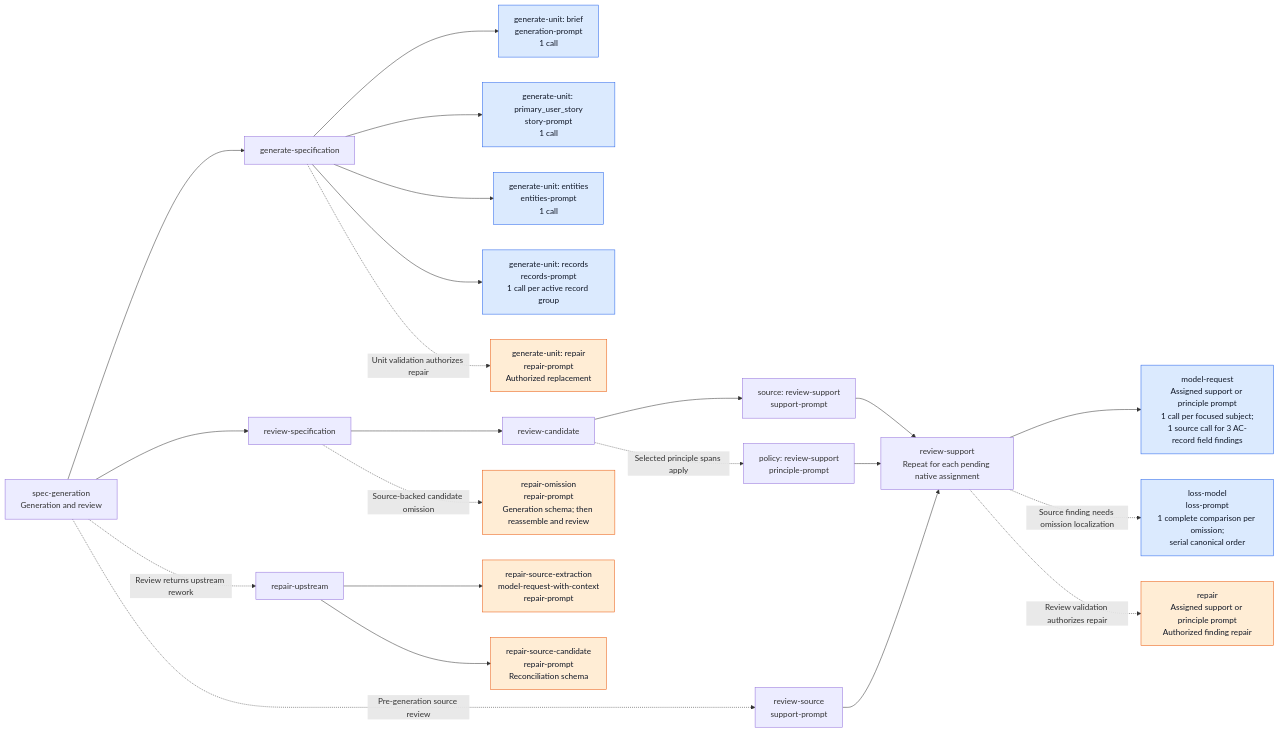
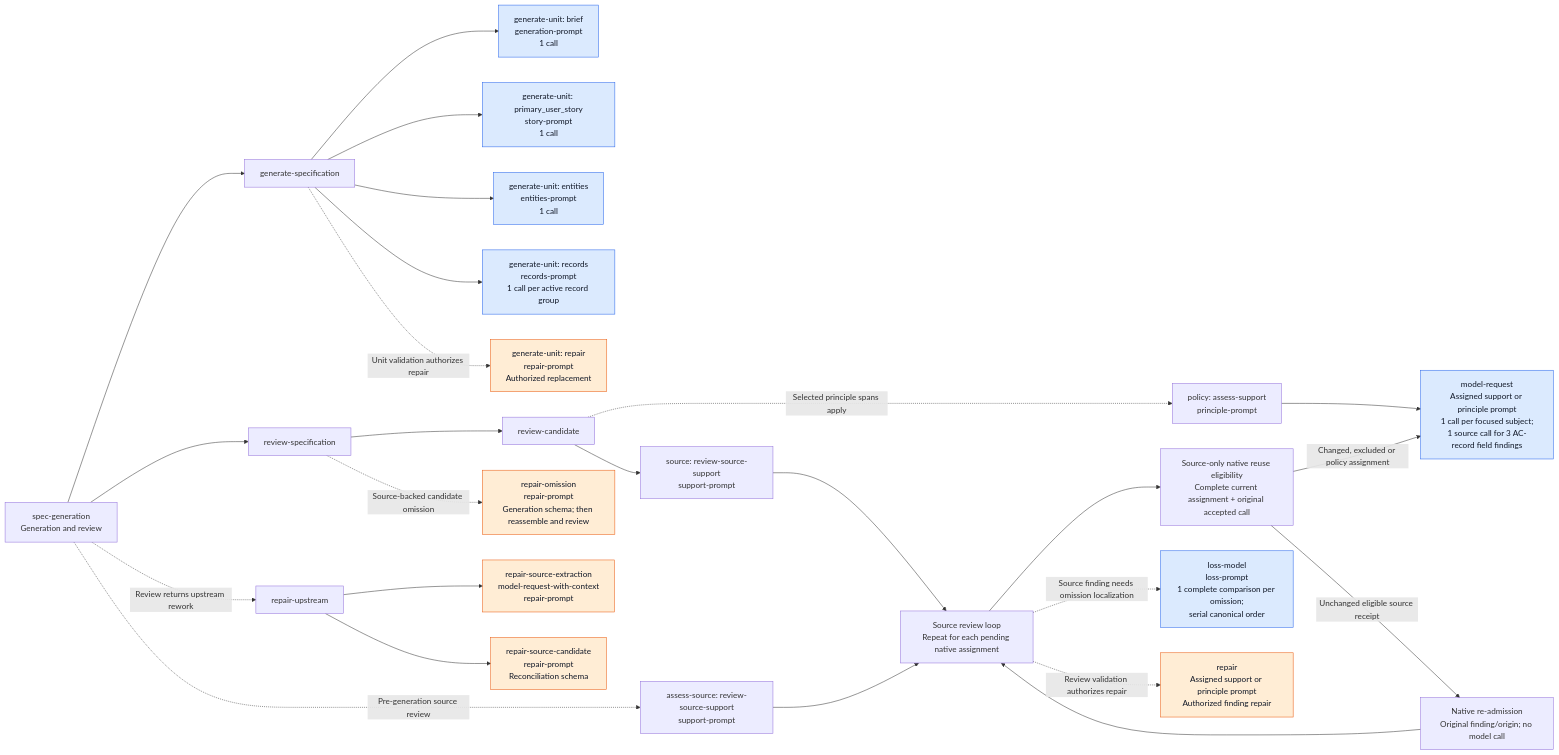
One commit to littledespot/sdde changed the second of 3 diagrams in design/diagrams/21-spec-model-call-tree.md. Above: the diagram before and after it, drawn with Mermaid. The commit also changed other lines of this file and 136 other files, not shown here.

````diff
--- a/design/diagrams/21-spec-model-call-tree.md
+++ b/design/diagrams/21-spec-model-call-tree.md
@@ -118,33 +105,36 @@
 ```mermaid
 flowchart LR
     ROOT["spec-generation<br/>Generation and review"]
     ROOT --> GENERATE["generate-specification"]
     GENERATE --> BRIEF["generate-unit: brief<br/>generation-prompt<br/>1 call"]
     GENERATE --> STORY["generate-unit: primary_user_story<br/>story-prompt<br/>1 call"]
     GENERATE --> ENTITIES["generate-unit: entities<br/>entities-prompt<br/>1 call"]
     GENERATE --> RECORDS["generate-unit: records<br/>records-prompt<br/>1 call per active record group"]
     GENERATE -. "Unit validation authorizes repair" .-> UNIT_REPAIR["generate-unit: repair<br/>repair-prompt<br/>Authorized replacement"]
 
     ROOT --> REVIEW["review-specification"]
     REVIEW --> CANDIDATE["review-candidate"]
-    CANDIDATE --> SOURCE["source: review-support<br/>support-prompt"]
-    CANDIDATE -. "Selected principle spans apply" .-> POLICY["policy: review-support<br/>principle-prompt"]
-    ROOT -. "Pre-generation source review" .-> PRE["review-source<br/>support-prompt"]
+    CANDIDATE --> SOURCE["source: review-source-support<br/>support-prompt"]
+    CANDIDATE -. "Selected principle spans apply" .-> POLICY["policy: assess-support<br/>principle-prompt"]
+    ROOT -. "Pre-generation source review" .-> PRE["assess-source: review-source-support<br/>support-prompt"]
 
-    SOURCE --> SUPPORT["review-support<br/>Repeat for each pending native assignment"]
-    POLICY --> SUPPORT
+    SOURCE --> SUPPORT["Source review loop<br/>Repeat for each pending native assignment"]
+    POLICY --> FINDING
     PRE --> SUPPORT
-    SUPPORT --> FINDING["model-request<br/>Assigned support or principle prompt<br/>1 call per focused subject;<br/>1 source call for 3 AC-record field findings"]
+    SUPPORT --> REUSE["Source-only native reuse eligibility<br/>Complete current assignment + original accepted call"]
+    REUSE -- "Unchanged eligible source receipt" --> RETAIN["Native re-admission<br/>Original finding/origin; no model call"]
+    REUSE -- "Changed, excluded or policy assignment" --> FINDING["model-request<br/>Assigned support or principle prompt<br/>1 call per focused subject;<br/>1 source call for 3 AC-record field findings"]
+    RETAIN --> SUPPORT
     SUPPORT -. "Source finding needs omission localization" .-> LOSS["loss-model<br/>loss-prompt<br/>1 complete comparison per omission;<br/>serial canonical order"]
     SUPPORT -. "Review validation authorizes repair" .-> SUPPORT_REPAIR["repair<br/>Assigned support or principle prompt<br/>Authorized finding repair"]
 
     REVIEW -. "Source-backed candidate omission" .-> OMISSION["repair-omission<br/>repair-prompt<br/>Generation schema; then reassemble and review"]
     ROOT -. "Review returns upstream rework" .-> UPSTREAM["repair-upstream"]
     UPSTREAM --> EX["repair-source-extraction<br/>model-request-with-context<br/>repair-prompt"]
     UPSTREAM --> RC["repair-source-candidate<br/>repair-prompt<br/>Reconciliation schema"]
 
     classDef model fill:#dbeafe,stroke:#2563eb,color:#111827;
     classDef repair fill:#ffedd5,stroke:#ea580c,color:#111827;
     class BRIEF,STORY,ENTITIES,RECORDS,FINDING,LOSS model;
     class UNIT_REPAIR,SUPPORT_REPAIR,OMISSION,EX,RC repair;
 ```
````
